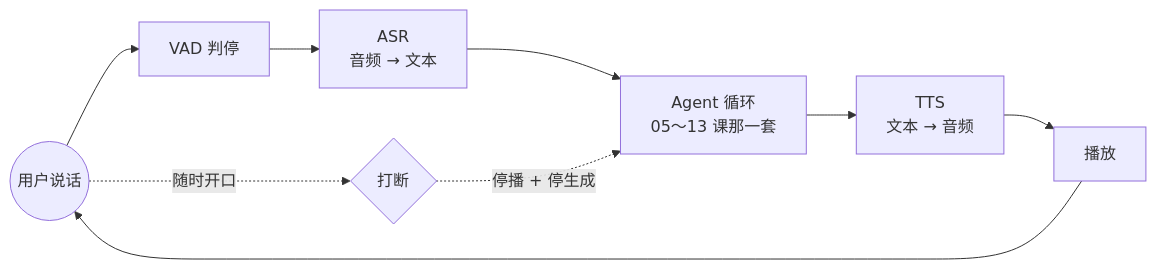
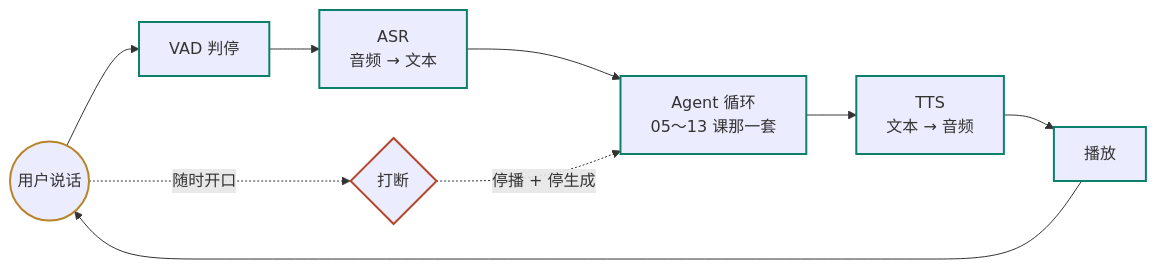
The diagram in lessons/voice-agents/README.md (lance2016/ai-app-engineering), drawn with Mermaid before and after one commit. The commit also changed 21 other files, not shown here.

````diff
--- a/lessons/voice-agents/README.md
+++ b/lessons/voice-agents/README.md
@@ -33,13 +33,17 @@
 ```mermaid
 flowchart LR
+    classDef runtime stroke:#0d806b,stroke-width:2px
+    classDef human stroke:#b88428,stroke-width:2px
+    classDef risk stroke:#b5472d,stroke-width:2px
     U((用户说话)) --> V[VAD 判停]
     V --> A[ASR<br/>音频 → 文本]
     A --> L[Agent 循环<br/>05～13 课那一套]
     L --> T[TTS<br/>文本 → 音频]
     T --> P[播放]
     P --> U
     U -. 随时开口 .-> B{打断}
     B -. 停播 + 停生成 .-> L
-    class V,A,T path
+    class U human
+    class V,A,L,T,P runtime
     class B risk
 ```
````
